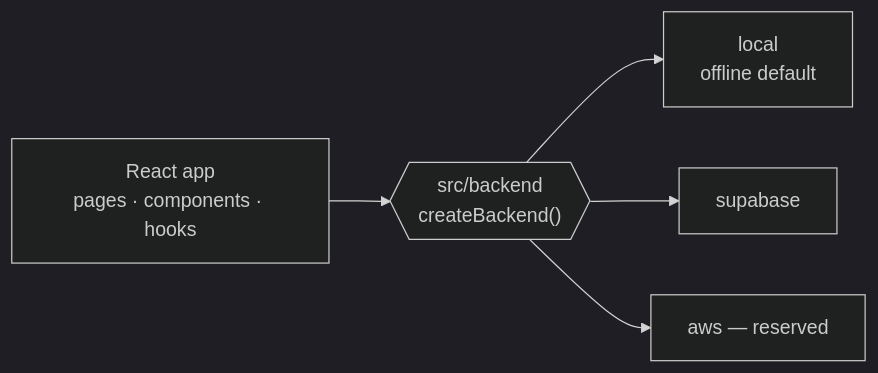
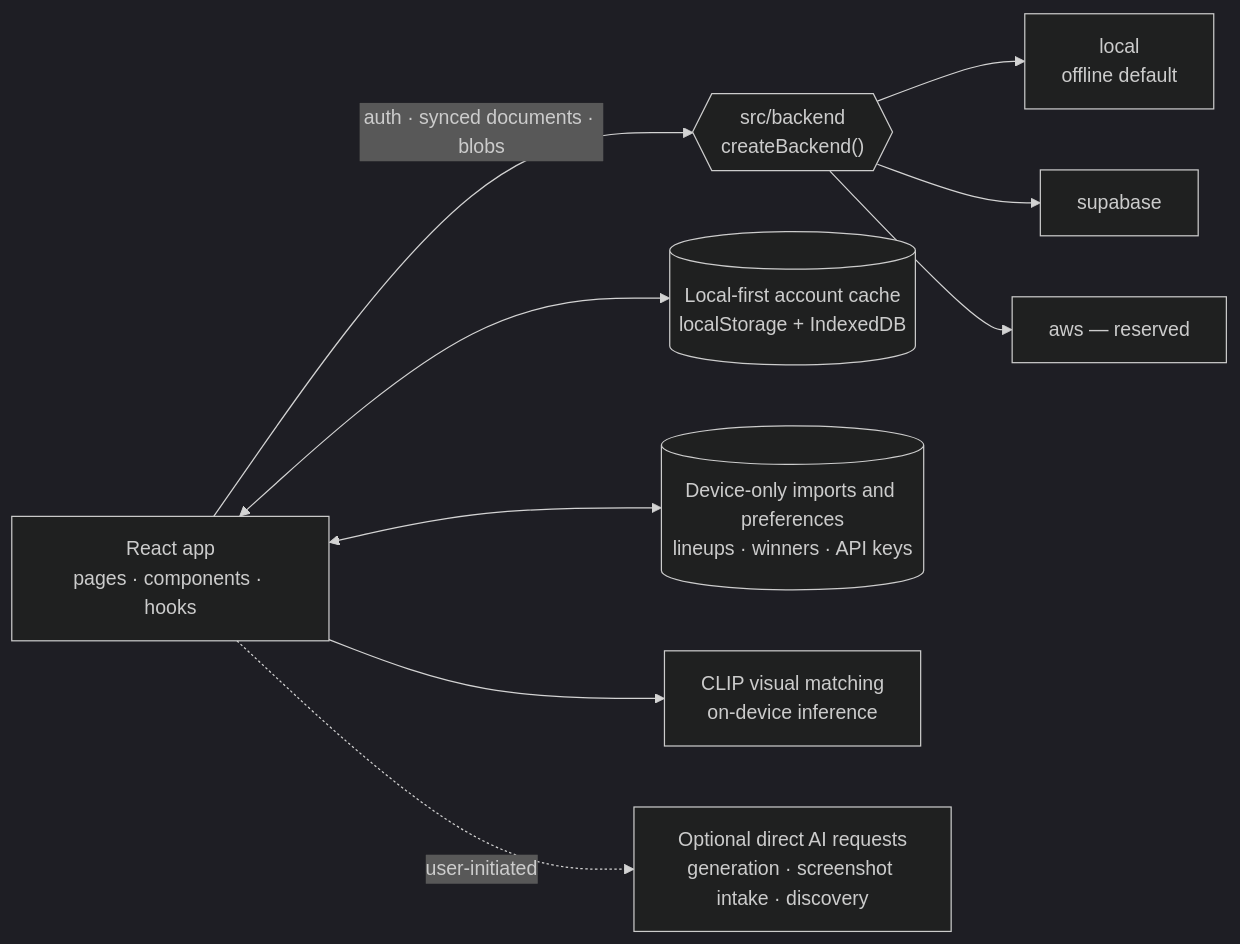
One commit to Pritesh1980/sable changed the diagram in README.md. Above: the diagram before and after it, drawn with Mermaid (dark theme). The commit also changed other lines of this file and 3 other files, not shown here.

````diff
--- a/README.md
+++ b/README.md
@@ -79,12 +79,20 @@
 ```mermaid
 flowchart LR
     APP["React app<br/>pages · components · hooks"]
     SEAM{{"src/backend<br/>createBackend()"}}
     LOCAL["local<br/>offline default"]
     SUPA["supabase"]
     AWS["aws — reserved"]
-    APP --> SEAM
+    CACHE[("Local-first account cache<br/>localStorage + IndexedDB")]
+    DEVICE[("Device-only imports and preferences<br/>lineups · winners · API keys")]
+    TASTE["CLIP visual matching<br/>on-device inference"]
+    AI["Optional direct AI requests<br/>generation · screenshot intake · discovery"]
+    APP <--> CACHE
+    APP <--> DEVICE
+    APP --> TASTE
+    APP -. "user-initiated" .-> AI
+    APP -- "auth · synced documents · blobs" --> SEAM
     SEAM --> LOCAL
     SEAM --> SUPA
     SEAM --> AWS
 ```
````
